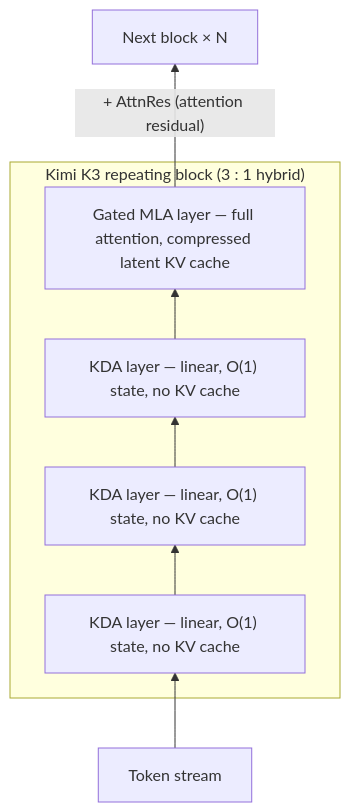
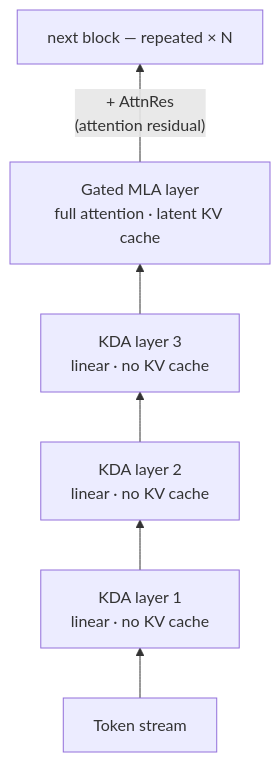
One commit to hyunwonch/hyunwonch.github.io changed the sixth of 7 diagrams in _posts/2026-08-19-evolution-of-attention.md. Above: the diagram before and after it, drawn with Mermaid.

Commit message:
Fix Kimi K3 block diagram rendering
Remove the subgraph with boundary-crossing edges, which breaks mermaid
bottom-to-top direction, and shorten the repeated layer labels.

Claude-Session: https://claude.ai/code/session_012pBPzF7mp5UBaKhX6mdjCL

````diff
--- a/_posts/2026-08-19-evolution-of-attention.md
+++ b/_posts/2026-08-19-evolution-of-attention.md
@@ -224,10 +224,8 @@
 ```mermaid
 graph BT
-    X[Token stream] --> B1
-    subgraph BLOCK["Kimi K3 repeating block (3 : 1 hybrid)"]
-        B1["KDA layer — linear, O(1) state, no KV cache"] --> B2["KDA layer — linear, O(1) state, no KV cache"]
-        B2 --> B3["KDA layer — linear, O(1) state, no KV cache"]
-        B3 --> B4["Gated MLA layer — full attention, compressed latent KV cache"]
-    end
-    B4 -->|"+ AttnRes (attention residual)"| Y[Next block × N]
+    X["Token stream"] --> B1["KDA layer 1<br>linear · no KV cache"]
+    B1 --> B2["KDA layer 2<br>linear · no KV cache"]
+    B2 --> B3["KDA layer 3<br>linear · no KV cache"]
+    B3 --> B4["Gated MLA layer<br>full attention · latent KV cache"]
+    B4 -->|"+ AttnRes<br>(attention residual)"| Y["next block — repeated × N"]
 ```
````
